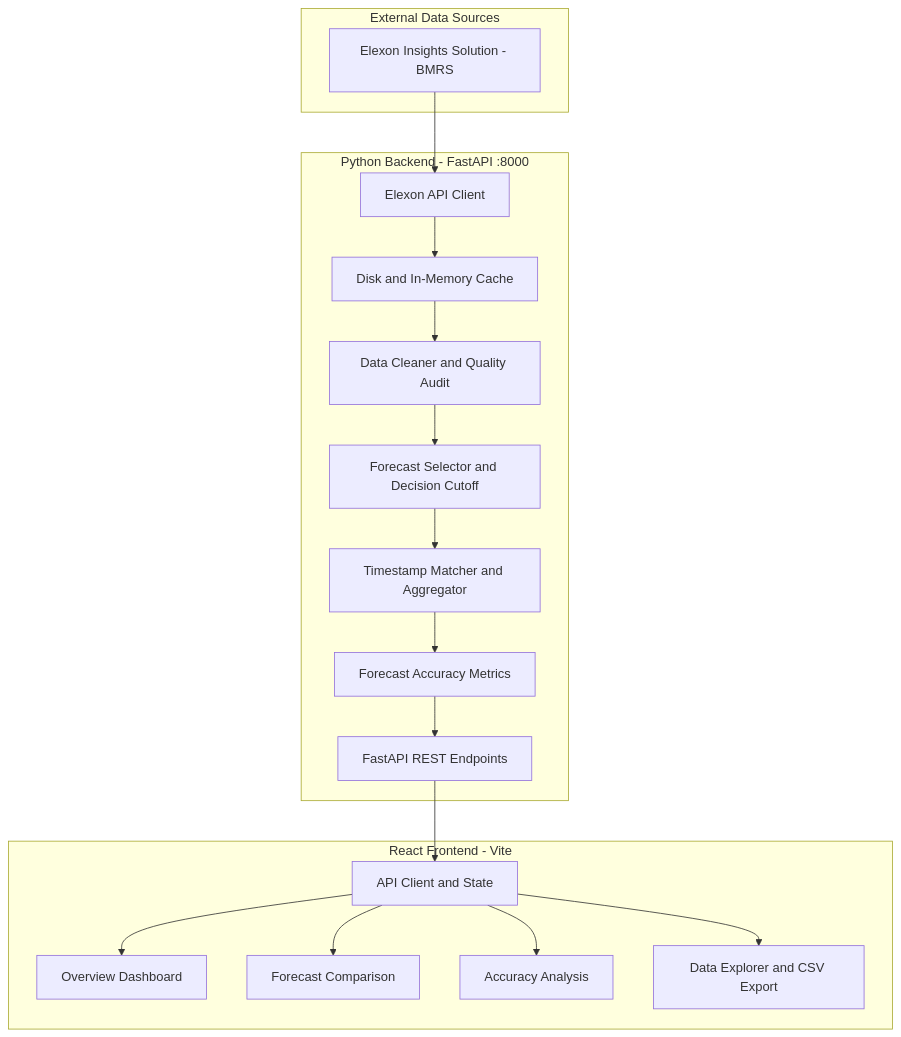
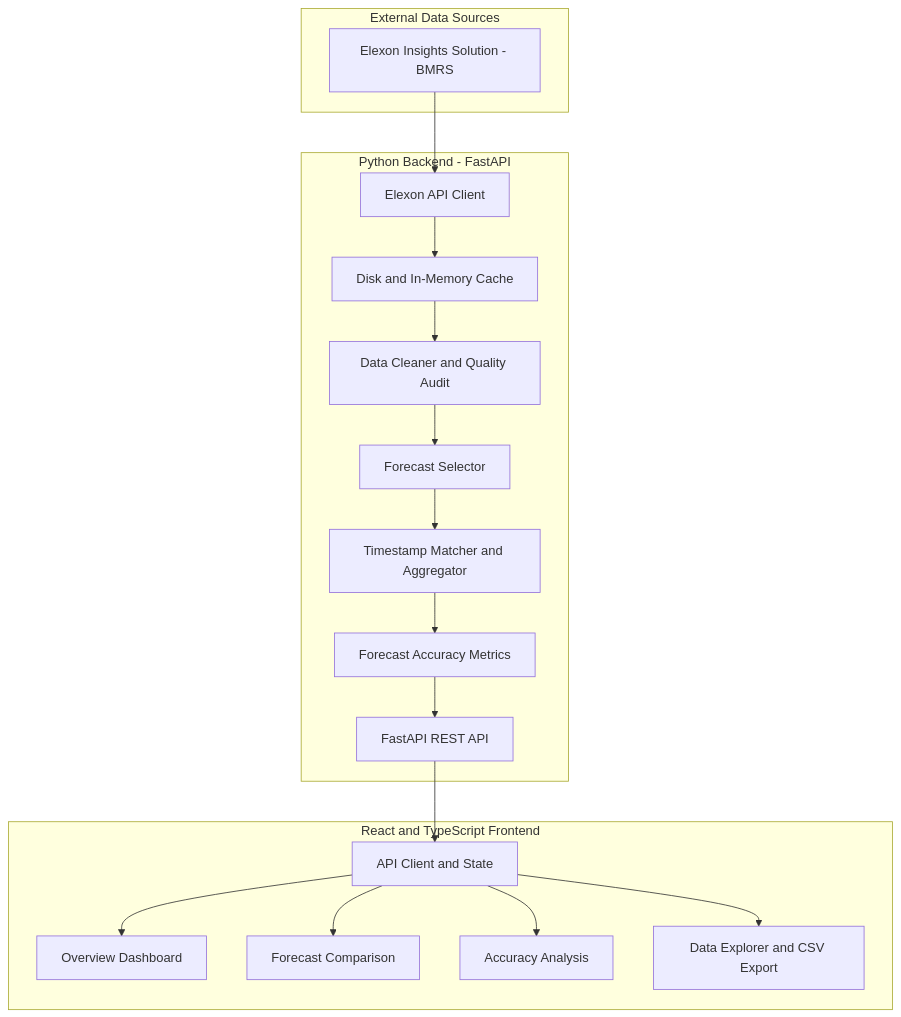
The diagram in README.md (madugushivakumar/windforecast-analytics), drawn with Mermaid before and after one commit. The commit also changed other lines of this file, not shown here.

````diff
--- a/README.md
+++ b/README.md
@@ -149,37 +155,37 @@
 ```mermaid
 graph TD
     subgraph Sources["External Data Sources"]
         Elexon["Elexon Insights Solution - BMRS"]
     end
 
-    subgraph Backend["Python Backend - FastAPI :8000"]
+    subgraph Backend["Python Backend - FastAPI"]
         Client["Elexon API Client"]
         Cache["Disk and In-Memory Cache"]
         Cleaner["Data Cleaner and Quality Audit"]
-        Selector["Forecast Selector and Decision Cutoff"]
+        Selector["Forecast Selector"]
         Matcher["Timestamp Matcher and Aggregator"]
         Analytics["Forecast Accuracy Metrics"]
-        API["FastAPI REST Endpoints"]
+        API["FastAPI REST API"]
     end
 
-    subgraph Frontend["React Frontend - Vite"]
+    subgraph Frontend["React and TypeScript Frontend"]
         APIClient["API Client and State"]
         Dashboard["Overview Dashboard"]
         Comparison["Forecast Comparison"]
         Accuracy["Accuracy Analysis"]
         Explorer["Data Explorer and CSV Export"]
     end
 
     Elexon --> Client
     Client --> Cache
     Cache --> Cleaner
     Cleaner --> Selector
     Selector --> Matcher
     Matcher --> Analytics
     Analytics --> API
     API --> APIClient
     APIClient --> Dashboard
     APIClient --> Comparison
     APIClient --> Accuracy
     APIClient --> Explorer
 ```
````
